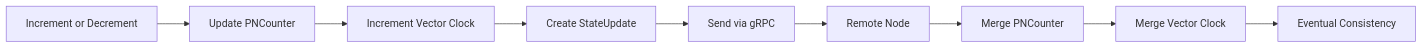
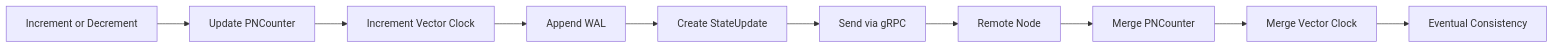
Before and after one commit to VeryFach/distributed-counter: the third of 5 diagrams in README.md, drawn with Mermaid. The commit also changed other lines of this file, not shown here.

````diff
--- a/README.md
+++ b/README.md
@@ -103,11 +116,12 @@
 ```mermaid
 flowchart LR
     A[Increment or Decrement] --> B[Update PNCounter]
     B --> C[Increment Vector Clock]
-    C --> D[Create StateUpdate]
-    D --> E[Send via gRPC]
-    E --> F[Remote Node]
-    F --> G[Merge PNCounter]
-    G --> H[Merge Vector Clock]
-    H --> I[Eventual Consistency]
+    C --> D[Append WAL]
+    D --> E[Create StateUpdate]
+    E --> F[Send via gRPC]
+    F --> G[Remote Node]
+    G --> H[Merge PNCounter]
+    H --> I[Merge Vector Clock]
+    I --> J[Eventual Consistency]
 ```
````
